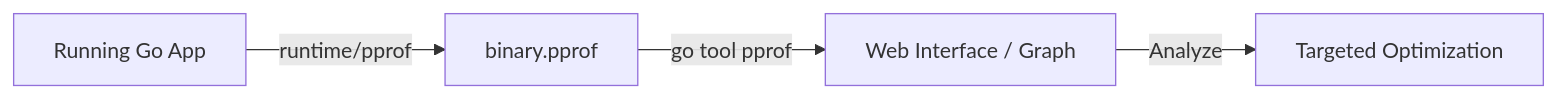
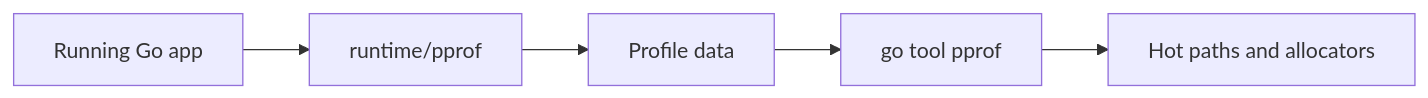
Before and after one commit to syahputrawork98-sketch/Golang-Knowledge-Base: the diagram in RAK-03-evolution/SR-04-observability/BK-01-profiling/CH-01-pprof/README.md, drawn with Mermaid. The commit also changed other lines of this file and 61 other files, not shown here.

````diff
--- a/RAK-03-evolution/SR-04-observability/BK-01-profiling/CH-01-pprof/README.md
+++ b/RAK-03-evolution/SR-04-observability/BK-01-profiling/CH-01-pprof/README.md
@@ -37,6 +35,7 @@
 ```mermaid
 graph LR
-    App[Running Go App] -- runtime/pprof --> Profile[binary.pprof]
-    Profile -- go tool pprof --> UI[Web Interface / Graph]
-    UI -- Analyze --> Developer[Targeted Optimization]
+    App[Running Go app] --> Collect[runtime/pprof]
+    Collect --> Profile[Profile data]
+    Profile --> Analyze[go tool pprof]
+    Analyze --> Hot[Hot paths and allocators]
 ```
````
